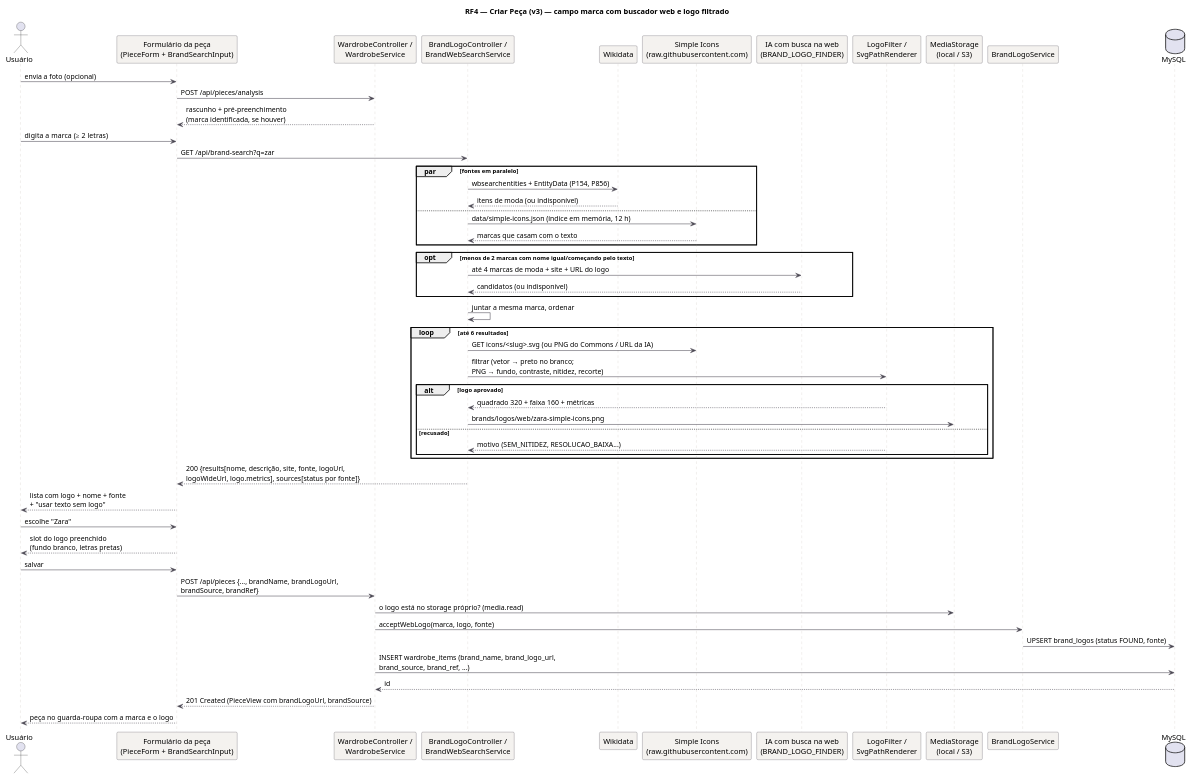
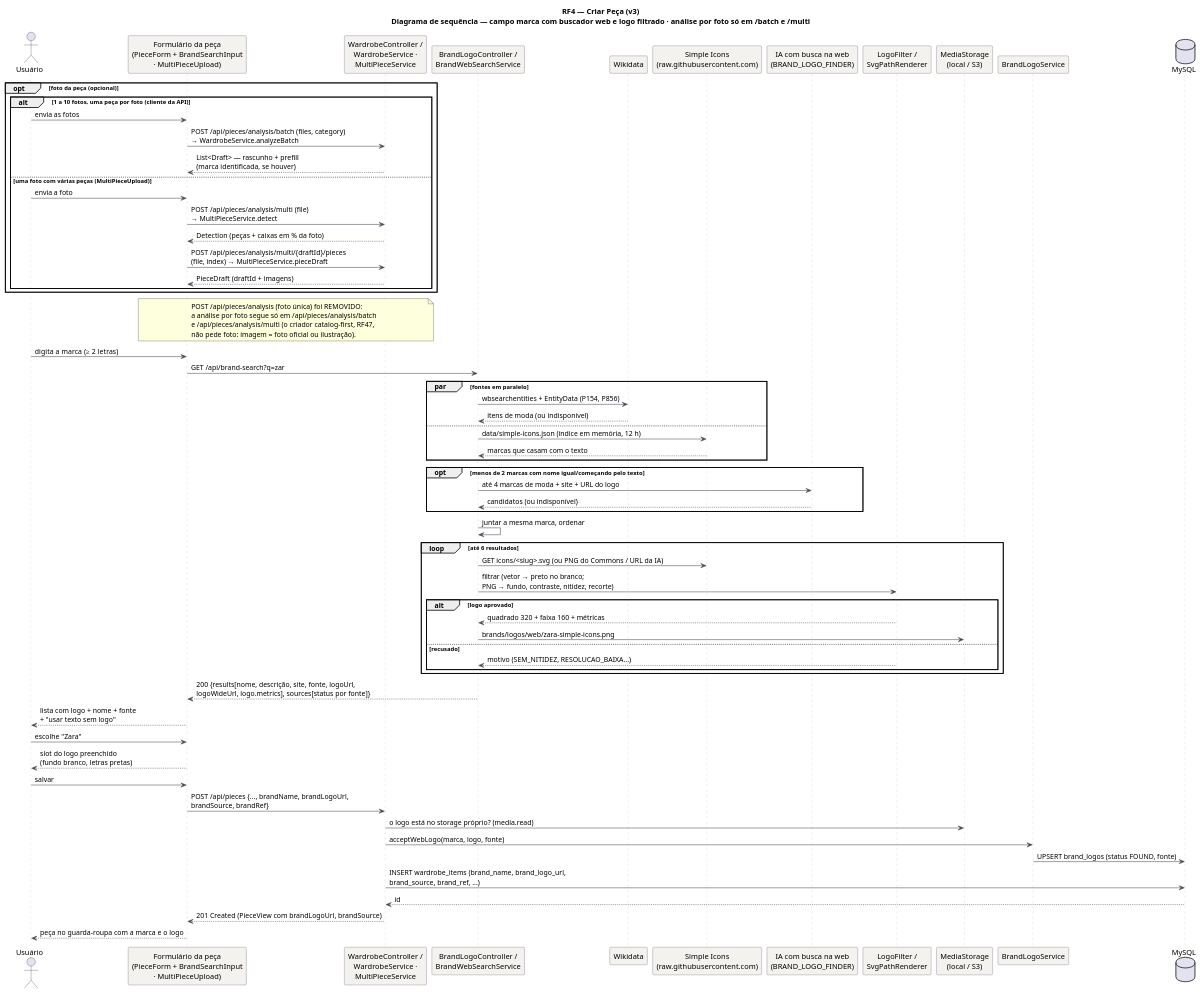
The diagram in docs/diagramas/RF4/RF4-sequencia-v3.puml (MatheusHaliski/tcc-2026-fashion-ai-backend), drawn with PlantUML before and after one commit. The commit also changed 21 other files, not shown here.

First line of the commit message:
Diagramas: RF49 (cinco tipos) e atualização do RF47 e da sequência do RF4

```diff
--- a/docs/diagramas/RF4/RF4-sequencia-v3.puml
+++ b/docs/diagramas/RF4/RF4-sequencia-v3.puml
@@ -1,65 +1,81 @@
 @startuml RF4_Sequencia_v3
 !pragma layout smetana
-title RF4 — Criar Peça (v3) — campo marca com buscador web e logo filtrado
+title RF4 — Criar Peça (v3)\nDiagrama de sequência — campo marca com buscador web e logo filtrado · análise por foto só em /batch e /multi
 skinparam backgroundColor #FFFFFF
 skinparam sequence {
   ArrowColor #4A4852
   LifeLineBorderColor #CBC6BE
   ParticipantBackgroundColor #F4F2EF
   ParticipantBorderColor #4A4852
 }
 actor Usuário as U
-participant "Formulário da peça\n(PieceForm + BrandSearchInput)" as App
-participant "WardrobeController /\nWardrobeService" as WS
+participant "Formulário da peça\n(PieceForm + BrandSearchInput\n· MultiPieceUpload)" as App
+participant "WardrobeController /\nWardrobeService ·\nMultiPieceService" as WS
 participant "BrandLogoController /\nBrandWebSearchService" as BS
 participant "Wikidata" as WD
 participant "Simple Icons\n(raw.githubusercontent.com)" as SI
 participant "IA com busca na web\n(BRAND_LOGO_FINDER)" as AI
 participant "LogoFilter /\nSvgPathRenderer" as LF
 participant "MediaStorage\n(local / S3)" as ST
 participant "BrandLogoService" as BL
 database "MySQL" as DB
 
-U -> App: envia a foto (opcional)
-App -> WS: POST /api/pieces/analysis
-WS --> App: rascunho + pré-preenchimento\n(marca identificada, se houver)
+opt foto da peça (opcional)
+  alt 1 a 10 fotos, uma peça por foto (cliente da API)
+    U -> App: envia as fotos
+    App -> WS: POST /api/pieces/analysis/batch (files, category)\n→ WardrobeService.analyzeBatch
+    WS --> App: List<Draft> — rascunho + prefill\n(marca identificada, se houver)
+  else uma foto com várias peças (MultiPieceUpload)
+    U -> App: envia a foto
+    App -> WS: POST /api/pieces/analysis/multi (file)\n→ MultiPieceService.detect
+    WS --> App: Detection (peças + caixas em % da foto)
+    App -> WS: POST /api/pieces/analysis/multi/{draftId}/pieces\n(file, index) → MultiPieceService.pieceDraft
+    WS --> App: PieceDraft (draftId + imagens)
+  end
+end
+note over App, WS
+  POST /api/pieces/analysis (foto única) foi REMOVIDO:
+  a análise por foto segue só em /api/pieces/analysis/batch
+  e /api/pieces/analysis/multi (o criador catalog-first, RF47,
+  não pede foto: imagem = foto oficial ou ilustração).
+end note
 
 U -> App: digita a marca (≥ 2 letras)
 App -> BS: GET /api/brand-search?q=zar
 par fontes em paralelo
   BS -> WD: wbsearchentities + EntityData (P154, P856)
   WD --> BS: itens de moda (ou indisponível)
 else
   BS -> SI: data/simple-icons.json (índice em memória, 12 h)
   SI --> BS: marcas que casam com o texto
 end
 opt menos de 2 marcas com nome igual/começando pelo texto
   BS -> AI: até 4 marcas de moda + site + URL do logo
   AI --> BS: candidatos (ou indisponível)
 end
 BS -> BS: juntar a mesma marca, ordenar
 loop até 6 resultados
   BS -> SI: GET icons/<slug>.svg (ou PNG do Commons / URL da IA)
   BS -> LF: filtrar (vetor → preto no branco;\nPNG → fundo, contraste, nitidez, recorte)
   alt logo aprovado
     LF --> BS: quadrado 320 + faixa 160 + métricas
     BS -> ST: brands/logos/web/zara-simple-icons.png
   else recusado
     LF --> BS: motivo (SEM_NITIDEZ, RESOLUCAO_BAIXA...)
   end
 end
 BS --> App: 200 {results[nome, descrição, site, fonte, logoUrl,\nlogoWideUrl, logo.metrics], sources[status por fonte]}
 App --> U: lista com logo + nome + fonte\n+ "usar texto sem logo"
 U -> App: escolhe "Zara"
 App --> U: slot do logo preenchido\n(fundo branco, letras pretas)
 
 U -> App: salvar
 App -> WS: POST /api/pieces {..., brandName, brandLogoUrl,\nbrandSource, brandRef}
 WS -> ST: o logo está no storage próprio? (media.read)
 WS -> BL: acceptWebLogo(marca, logo, fonte)
 BL -> DB: UPSERT brand_logos (status FOUND, fonte)
 WS -> DB: INSERT wardrobe_items (brand_name, brand_logo_url,\nbrand_source, brand_ref, ...)
 DB --> WS: id
 WS --> App: 201 Created (PieceView com brandLogoUrl, brandSource)
 App --> U: peça no guarda-roupa com a marca e o logo
 @enduml
```
